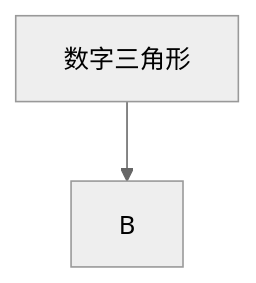
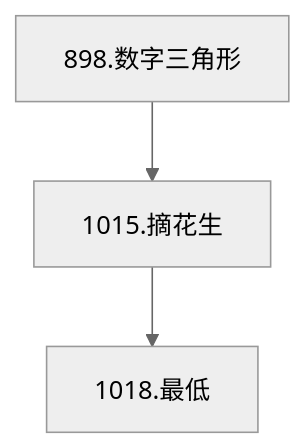
The diagram in 6*-动态规划进阶/6*.1-数字三角形模型.md (cuberxl/Coders-Note), drawn with Mermaid (neutral theme) before and after one commit. The commit also changed other lines of this file, not shown here.

Commit message:
6*-动态规划进阶/6*.1-数字三角形模型.md updated from https://stackedit.cn/

````diff
--- a/6*-动态规划进阶/6*.1-数字三角形模型.md
+++ b/6*-动态规划进阶/6*.1-数字三角形模型.md
@@ -4,4 +4,5 @@
 ```mermaid
 graph TD
-A[数字三角形]-->B
+A[898.数字三角形]-->B[1015.摘花生]
+B-->C[1018.最低]
 ```
````
